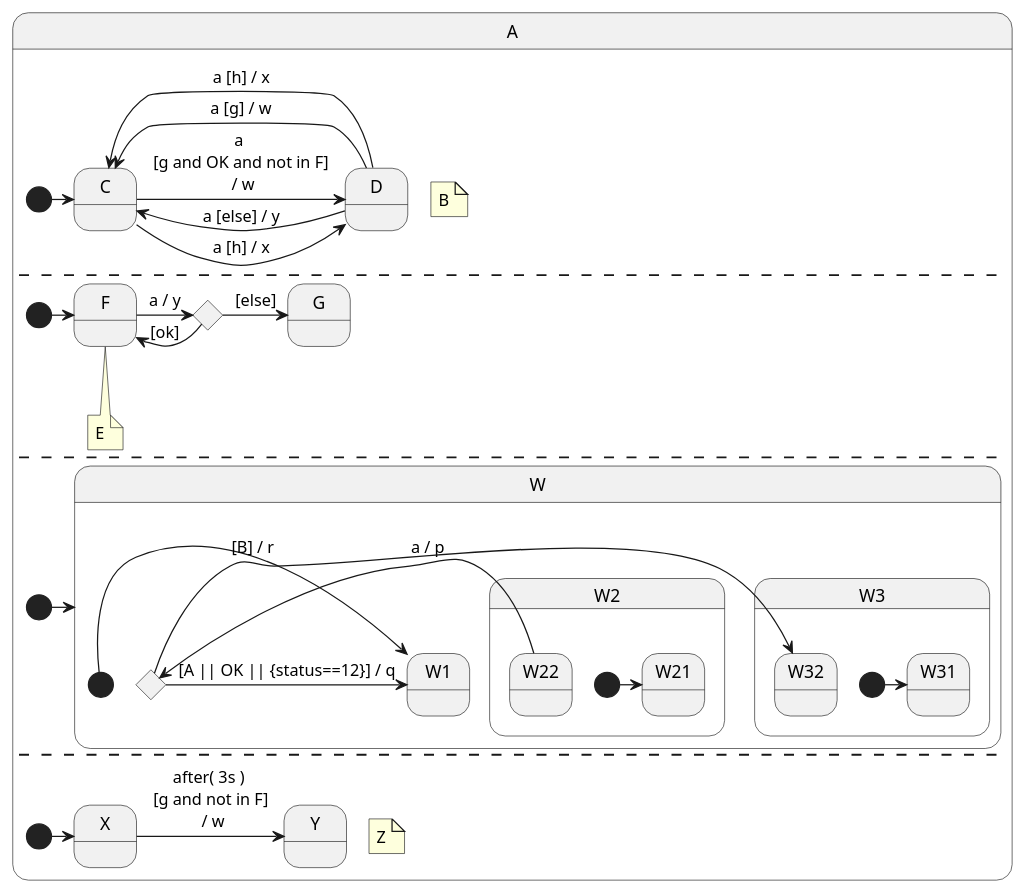
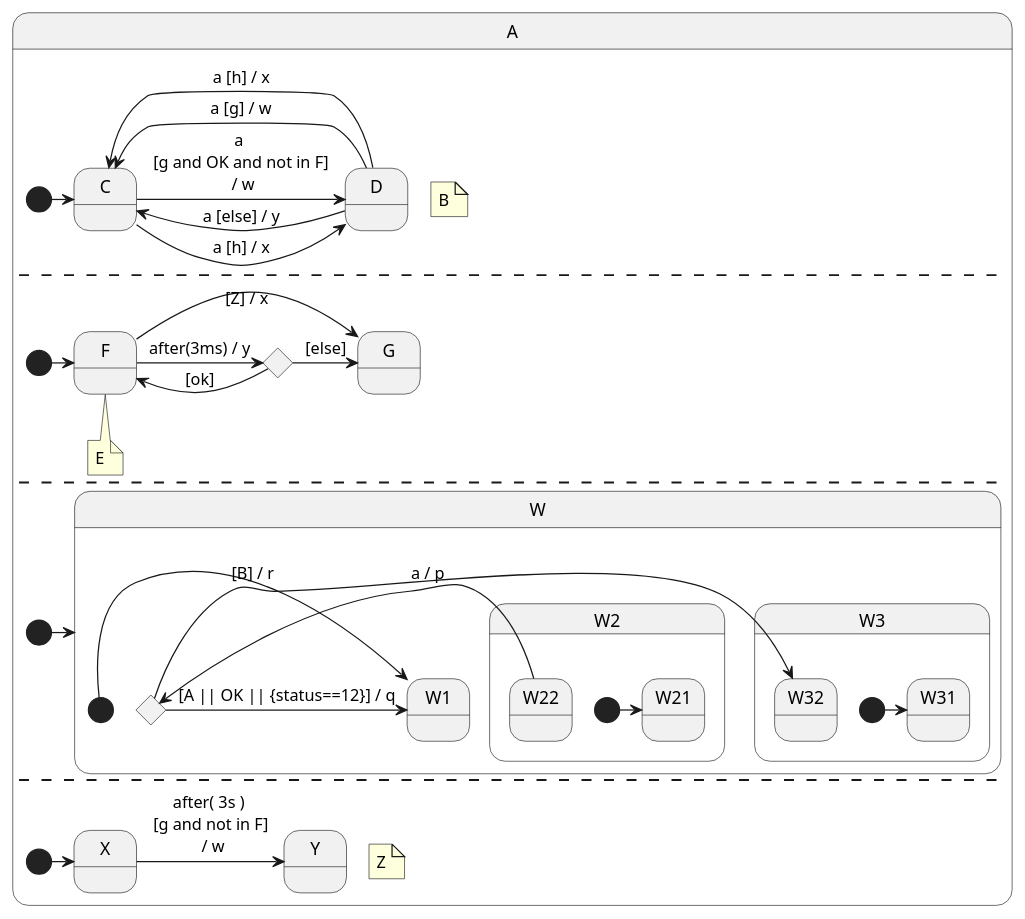
One commit to theodore-norvell/cogent changed the diagram in foo.puml. Above: the diagram before and after it, drawn with PlantUML. The commit also changed 5 other files, not shown here.

```diff
--- a/foo.puml
+++ b/foo.puml
@@ -1,50 +1,51 @@
 @startuml
     state A {
         note "B" as B
         [*] -> C
         state C
         state D
         C -> D: a \n [g and OK and not in F] \n / w
         C -> D: a [h] / x
         D -> C : a [g] / w
         D -> C : a [h] / x
         D -> C : a [else] / y
         --
         note "E" as E
         [*] -> F
         state F
         state G
         state H <<choice>>
-        F -> H: a / y
+        F -> H: after(3ms) / y
+        F -> G : [Z] / x
+        F --> E 
         H -> F: [ok] 
         H -> G: [else]
-        F --> E : XYZ
         --
         [*] -> W
         state W {
             [*] -> W1
             state W1
             state WC <<choice>>
             state W2 {
                 [*] -> W21
                 state W21
                 state W22
                 W22 -> WC : a / p
             }
             state W3 {
                 [*] -> W31
                 state W31
                 state W32
             }
             WC -> W1 : [A || OK || {status==12}] / q
             WC -> W32 : [B] / r
         }
         --
         note "Z" as Z
         [*] -> X
         state X
         state Y
         X -> Y: after( 3s ) \n [g and not in F] \n / w
     }
     state A
 @enduml
```
